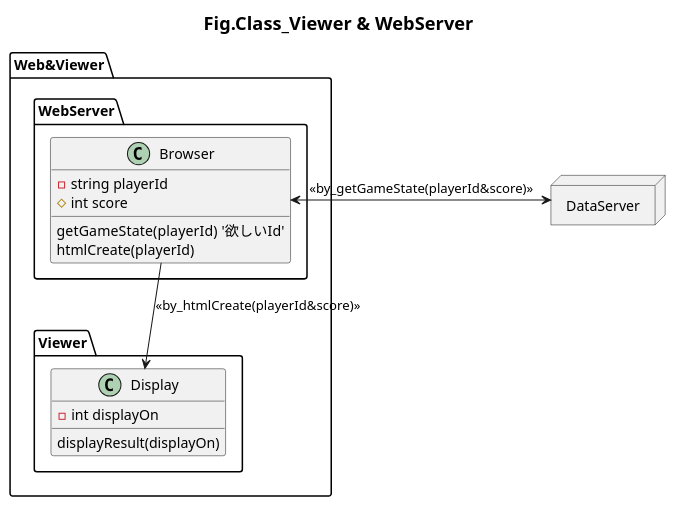
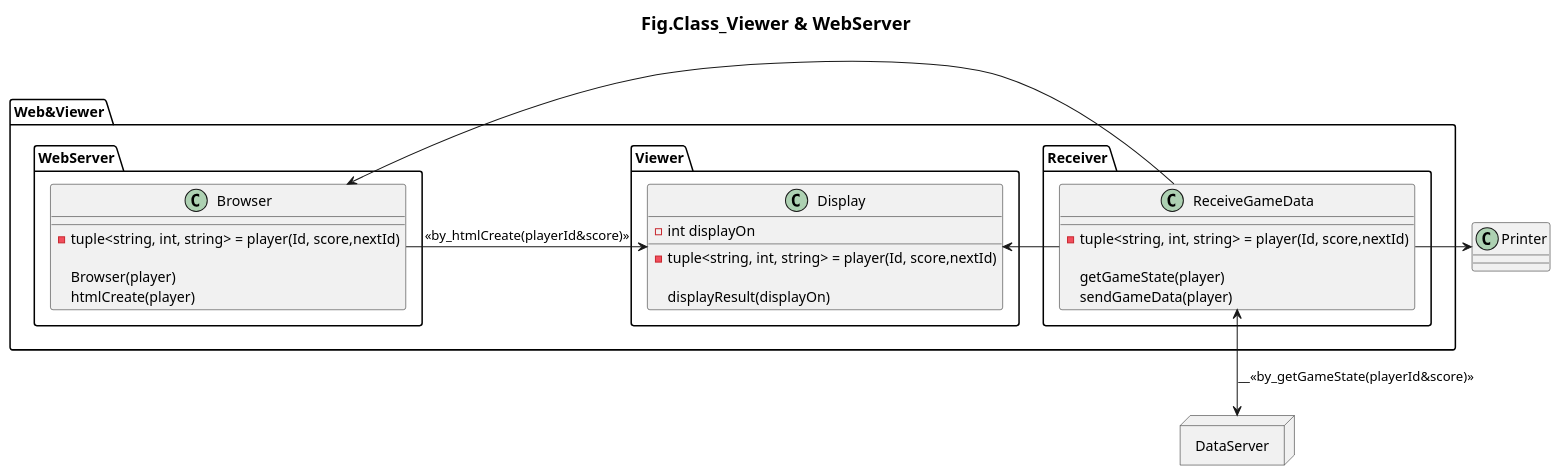
The diagram in Class_Viewer&WebServer.pu (H28KoyosaiInfo/Design), drawn with PlantUML before and after one commit.

Commit message:
no message

```diff
--- a/Class_Viewer&WebServer.pu
+++ b/Class_Viewer&WebServer.pu
@@ -3,32 +3,46 @@
 @startuml
 title <size:18> Fig.Class_Viewer & WebServer
 
   package Web&Viewer{
 
+    package Receiver{
+      class ReceiveGameData{
+        -tuple<string, int, string> = player(Id, score,nextId)
+
+        getGameState(player)
+        sendGameData(player)
+      }
+    }
+
     package Viewer{
       class "Display"{
         -int displayOn
+        -tuple<string, int, string> = player(Id, score,nextId)
 
         'displayTurn()  '画面切り替えor更新??'
         displayResult(displayOn)
       }
     }
 
     package "WebServer"{
+
       class Browser{
-        -string playerId
-        #int score
+      'タプルや構造体を用いる'
+        -tuple<string, int, string> = player(Id, score,nextId)
 
-        getGameState(playerId)  '欲しいId'
-        htmlCreate(playerId)
+        Browser(player)
+        htmlCreate(player)
       }
     }
 
   }
 
   package "DataServer" <<node>>{
   }
 
-  Browser <-> DataServer : <<by_getGameState(playerId&score)>>
-  Browser --> Display : <<by_htmlCreate(playerId&score)>>
+  ReceiveGameData -> Browser
+  ReceiveGameData -> Display
+  ReceiveGameData -> Printer
+  ReceiveGameData <-down-> DataServer : __<<by_getGameState(playerId&score)>>
+  Browser -right-> Display : <<by_htmlCreate(playerId&score)>>
 @enduml
```
